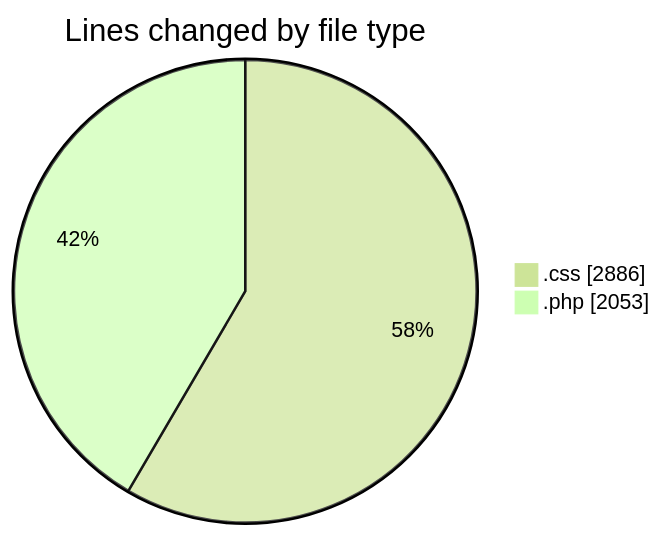
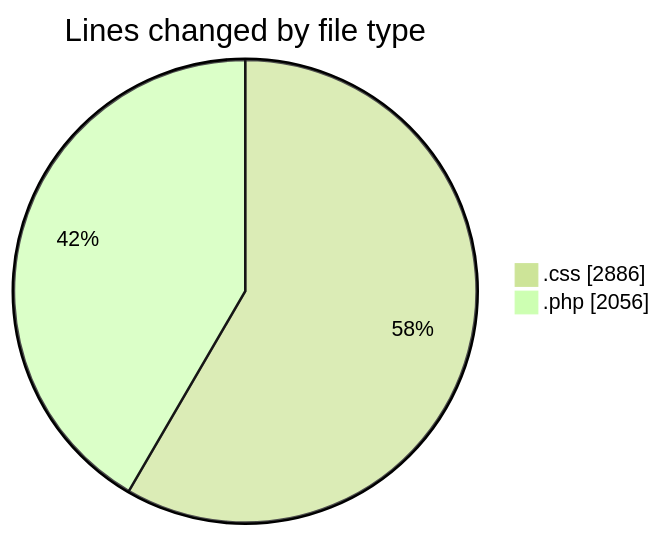
Before and after one commit to debugP/code-tracking: the first of 2 diagrams in 2026-03-17/plugins__workspace_/README.md, drawn with Mermaid (forest theme). The commit also changed other lines of this file and 1 other file, not shown here.

````diff
--- a/2026-03-17/plugins__workspace_/README.md
+++ b/2026-03-17/plugins__workspace_/README.md
@@ -21,6 +21,6 @@
 ```mermaid
 pie showData
 title Lines changed by file type
 ".css" : 2886
-".php" : 2053
+".php" : 2056
 ```
````
